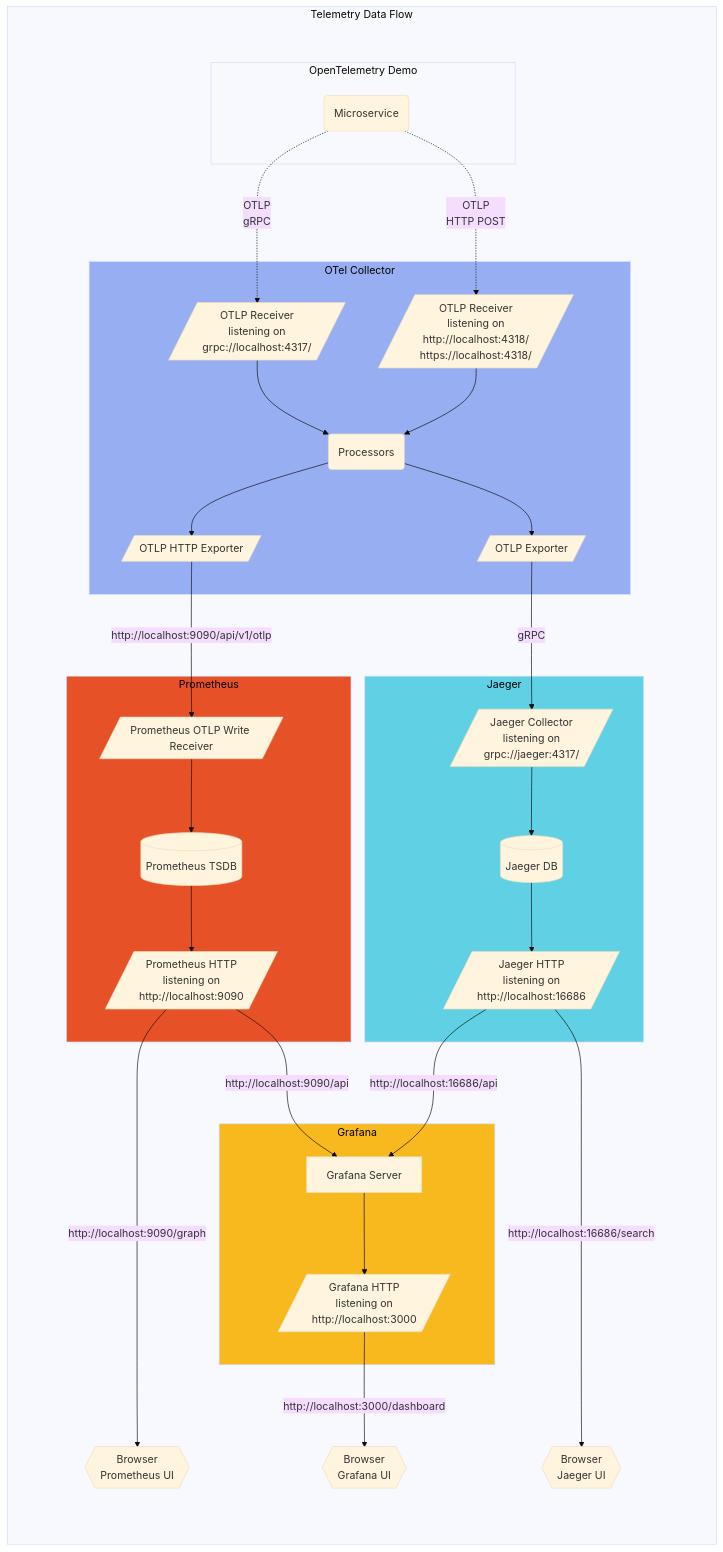
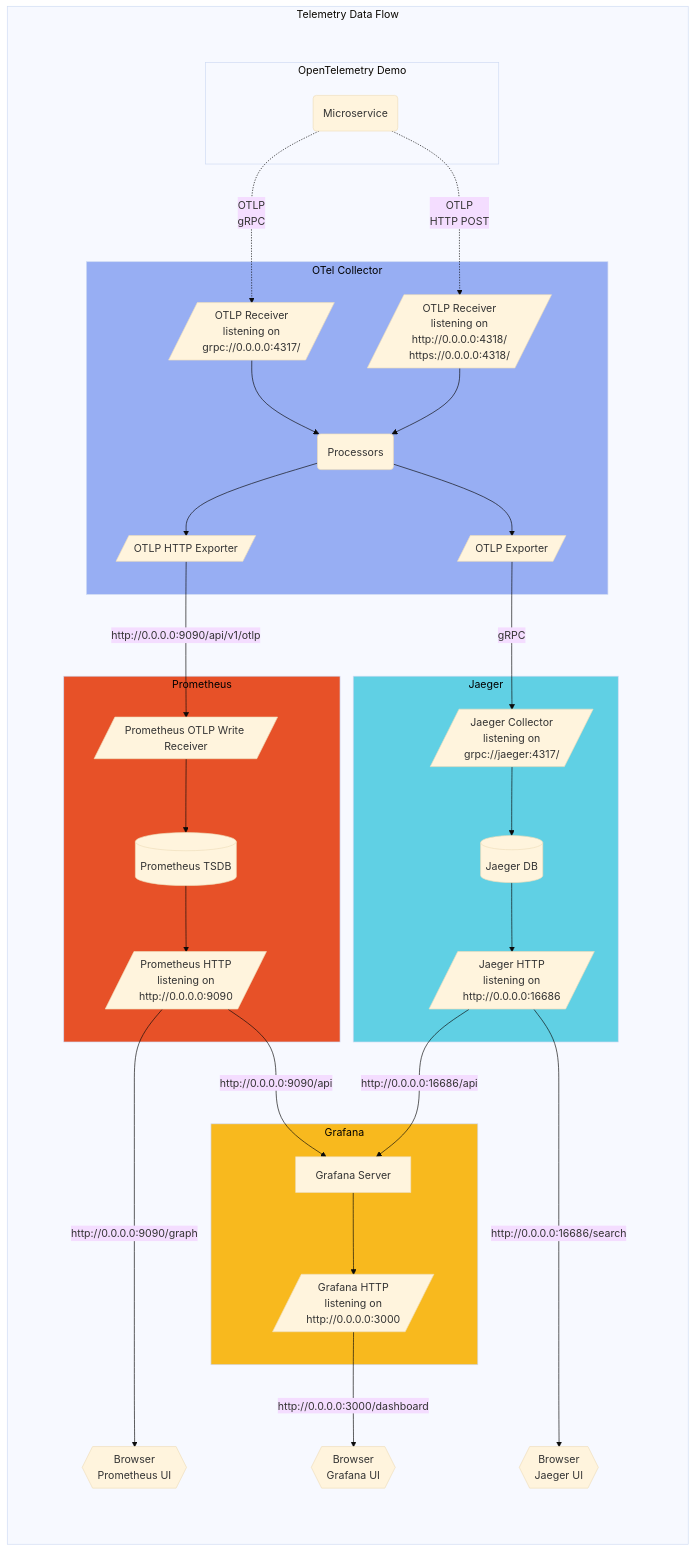
Before and after one commit to open-telemetry/opentelemetry.io: the third of 3 diagrams in content/en/docs/demo/architecture.md, drawn with Mermaid (base theme). The commit also changed 15 other files, not shown here.

````diff
--- a/content/en/docs/demo/architecture.md
+++ b/content/en/docs/demo/architecture.md
@@ -128,73 +128,73 @@
 ```mermaid
 graph TB
 subgraph tdf[Telemetry Data Flow]
     subgraph subgraph_padding [ ]
         style subgraph_padding fill:none,stroke:none;
         %% padding to stop the titles clashing
         subgraph od[OpenTelemetry Demo]
         ms(Microservice)
         end
 
         ms -.->|"OTLP<br/>gRPC"| oc-grpc
         ms -.->|"OTLP<br/>HTTP POST"| oc-http
 
         subgraph oc[OTel Collector]
             style oc fill:#97aef3,color:black;
-            oc-grpc[/"OTLP Receiver<br/>listening on<br/>grpc://localhost:4317/"/]
-            oc-http[/"OTLP Receiver<br/>listening on <br/>http://localhost:4318/<br/>https://localhost:4318/"/]
+            oc-grpc[/"OTLP Receiver<br/>listening on<br/>grpc://0.0.0.0:4317/"/]
+            oc-http[/"OTLP Receiver<br/>listening on <br/>http://0.0.0.0:4318/<br/>https://0.0.0.0:4318/"/]
             oc-proc(Processors)
             oc-prom[/"OTLP HTTP Exporter"/]
             oc-otlp[/"OTLP Exporter"/]
 
             oc-grpc --> oc-proc
             oc-http --> oc-proc
 
             oc-proc --> oc-prom
             oc-proc --> oc-otlp
         end
 
-        oc-prom -->|"http://localhost:9090/api/v1/otlp"| pr-sc
+        oc-prom -->|"http://0.0.0.0:9090/api/v1/otlp"| pr-sc
         oc-otlp -->|gRPC| ja-col
 
         subgraph pr[Prometheus]
             style pr fill:#e75128,color:black;
             pr-sc[/"Prometheus OTLP Write Receiver"/]
             pr-tsdb[(Prometheus TSDB)]
-            pr-http[/"Prometheus HTTP<br/>listening on<br/>http://localhost:9090"/]
+            pr-http[/"Prometheus HTTP<br/>listening on<br/>http://0.0.0.0:9090"/]
 
             pr-sc --> pr-tsdb
             pr-tsdb --> pr-http
         end
 
         pr-b{{"Browser<br/>Prometheus UI"}}
-        pr-http ---->|"http://localhost:9090/graph"| pr-b
+        pr-http ---->|"http://0.0.0.0:9090/graph"| pr-b
 
         subgraph ja[Jaeger]
             style ja fill:#60d0e4,color:black;
             ja-col[/"Jaeger Collector<br/>listening on<br/>grpc://jaeger:4317/"/]
             ja-db[(Jaeger DB)]
-            ja-http[/"Jaeger HTTP<br/>listening on<br/>http://localhost:16686"/]
+            ja-http[/"Jaeger HTTP<br/>listening on<br/>http://0.0.0.0:16686"/]
 
             ja-col --> ja-db
             ja-db --> ja-http
         end
 
         subgraph gr[Grafana]
             style gr fill:#f8b91e,color:black;
             gr-srv["Grafana Server"]
-            gr-http[/"Grafana HTTP<br/>listening on<br/>http://localhost:3000"/]
+            gr-http[/"Grafana HTTP<br/>listening on<br/>http://0.0.0.0:3000"/]
 
             gr-srv --> gr-http
         end
 
-        pr-http --> |"http://localhost:9090/api"| gr-srv
-        ja-http --> |"http://localhost:16686/api"| gr-srv
+        pr-http --> |"http://0.0.0.0:9090/api"| gr-srv
+        ja-http --> |"http://0.0.0.0:16686/api"| gr-srv
 
         ja-b{{"Browser<br/>Jaeger UI"}}
-        ja-http ---->|"http://localhost:16686/search"| ja-b
+        ja-http ---->|"http://0.0.0.0:16686/search"| ja-b
 
         gr-b{{"Browser<br/>Grafana UI"}}
-        gr-http -->|"http://localhost:3000/dashboard"| gr-b
+        gr-http -->|"http://0.0.0.0:3000/dashboard"| gr-b
     end
 end
 ```
````
